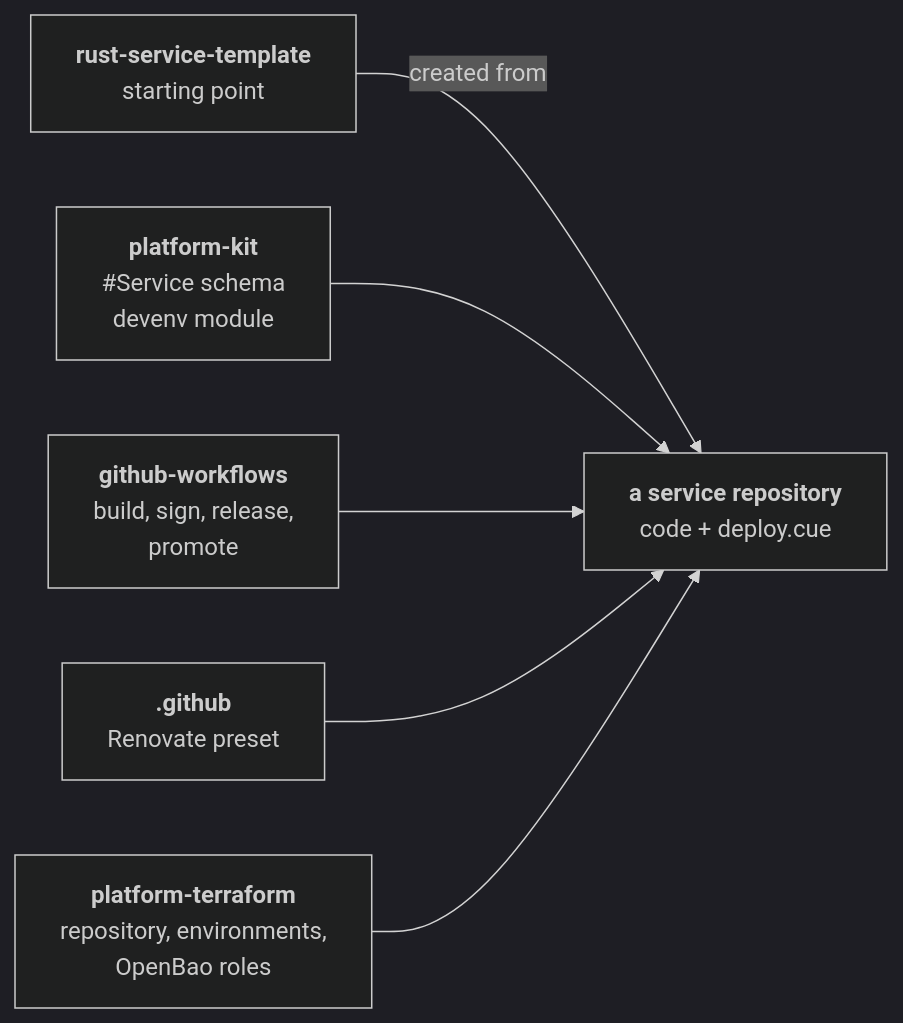
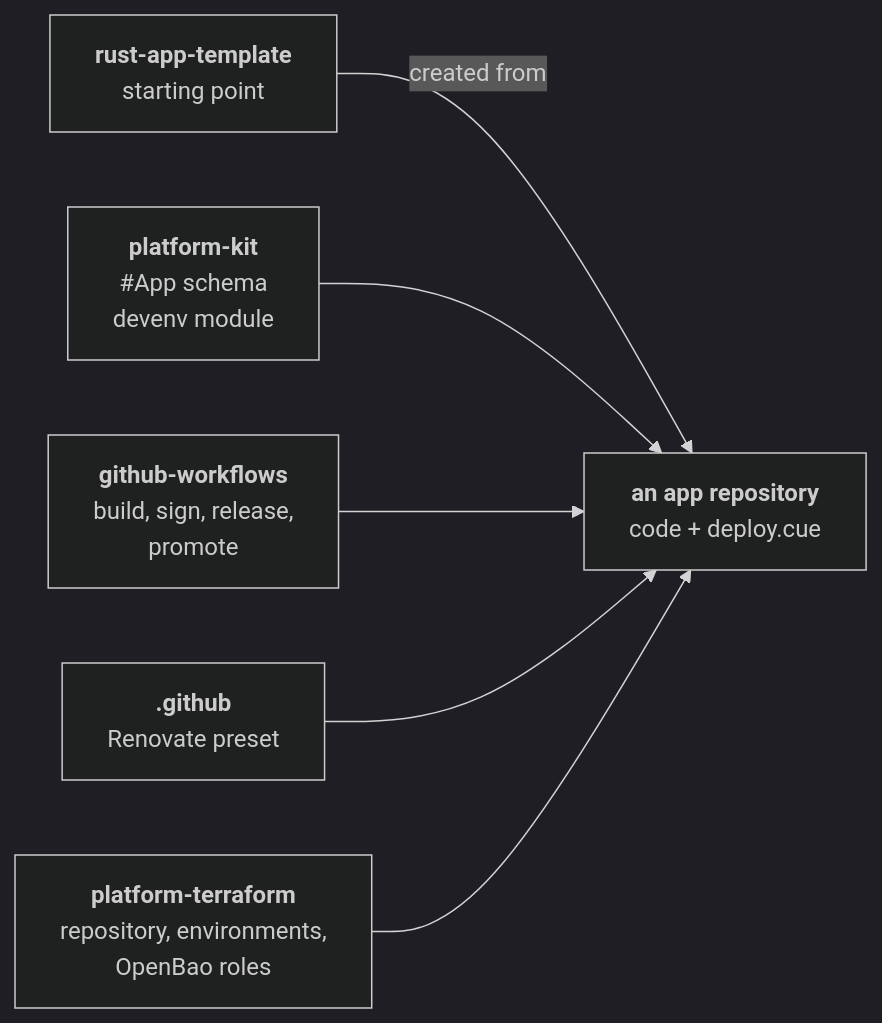
One commit to homelab-selfuryon/meta changed the second of 2 diagrams in README.md. Above: the diagram before and after it, drawn with Mermaid (dark theme). The commit also changed other lines of this file and 9 other files, not shown here.

First line of the commit message:
docs: call a team's deployable an app, not a service

````diff
--- a/README.md
+++ b/README.md
@@ -52,16 +52,16 @@
 ```mermaid
 flowchart LR
-    kit["<b>platform-kit</b><br/>#Service schema<br/>devenv module"]
+    kit["<b>platform-kit</b><br/>#App schema<br/>devenv module"]
     wf["<b>github-workflows</b><br/>build, sign, release,<br/>promote"]
     gh["<b>.github</b><br/>Renovate preset"]
     tf["<b>platform-terraform</b><br/>repository, environments,<br/>OpenBao roles"]
-    tpl["<b>rust-service-template</b><br/>starting point"]
+    tpl["<b>rust-app-template</b><br/>starting point"]
 
-    svc["<b>a service repository</b><br/>code + deploy.cue"]
+    svc["<b>an app repository</b><br/>code + deploy.cue"]
 
     tpl -- "created from" --> svc
     kit --> svc
     wf --> svc
     gh --> svc
     tf --> svc
 ```
````
